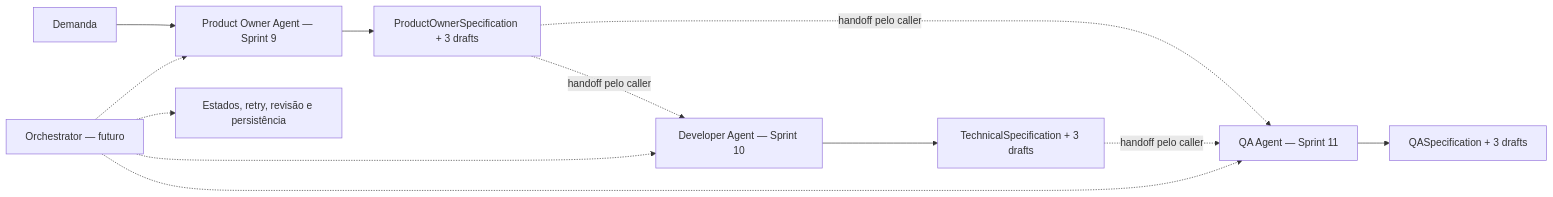
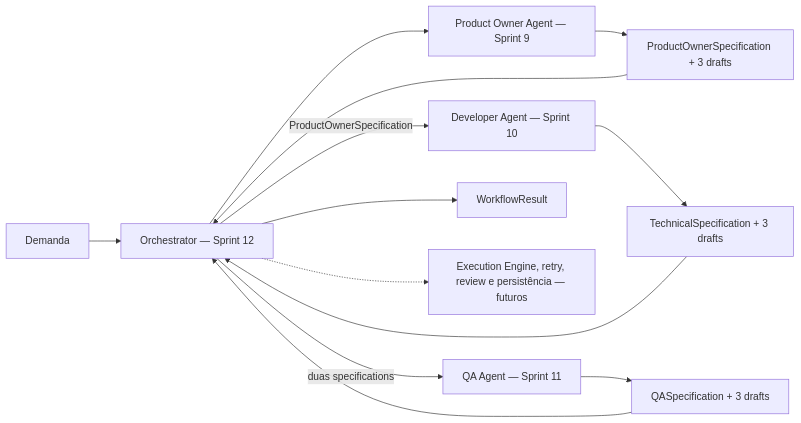
One commit to felipet66/brq-ai-factory changed the first of 5 diagrams in knowledge/33-PIPELINE_OVERVIEW.md. Above: the diagram before and after it, drawn with Mermaid. The commit also changed other lines of this file and 62 other files, not shown here.

First line of the commit message:
feat(sprint-12): implement deterministic orchestrator

````diff
--- a/knowledge/33-PIPELINE_OVERVIEW.md
+++ b/knowledge/33-PIPELINE_OVERVIEW.md
@@ -11,15 +11,15 @@
 ```mermaid
 flowchart LR
-    DEMAND["Demanda"] --> PO["Product Owner Agent — Sprint 9"]
+    DEMAND["Demanda"] --> ORCH["Orchestrator — Sprint 12"]
+    ORCH --> PO["Product Owner Agent — Sprint 9"]
     PO --> POS["ProductOwnerSpecification + 3 drafts"]
-    POS -.->|"handoff pelo caller"| DEV["Developer Agent — Sprint 10"]
+    POS --> ORCH
+    ORCH -->|"ProductOwnerSpecification"| DEV["Developer Agent — Sprint 10"]
     DEV --> TS["TechnicalSpecification + 3 drafts"]
-    POS -.->|"handoff pelo caller"| QA["QA Agent — Sprint 11"]
-    TS -.->|"handoff pelo caller"| QA
+    TS --> ORCH
+    ORCH -->|"duas specifications"| QA["QA Agent — Sprint 11"]
     QA --> QS["QASpecification + 3 drafts"]
-
-    ORCH["Orchestrator — futuro"] -.-> PO
-    ORCH -.-> DEV
-    ORCH -.-> QA
-    ORCH -.-> PERSIST["Estados, retry, revisão e persistência"]
+    QS --> ORCH
+    ORCH --> RESULT["WorkflowResult"]
+    ORCH -.-> FUTURE["Execution Engine, retry, review e persistência — futuros"]
 ```
````
